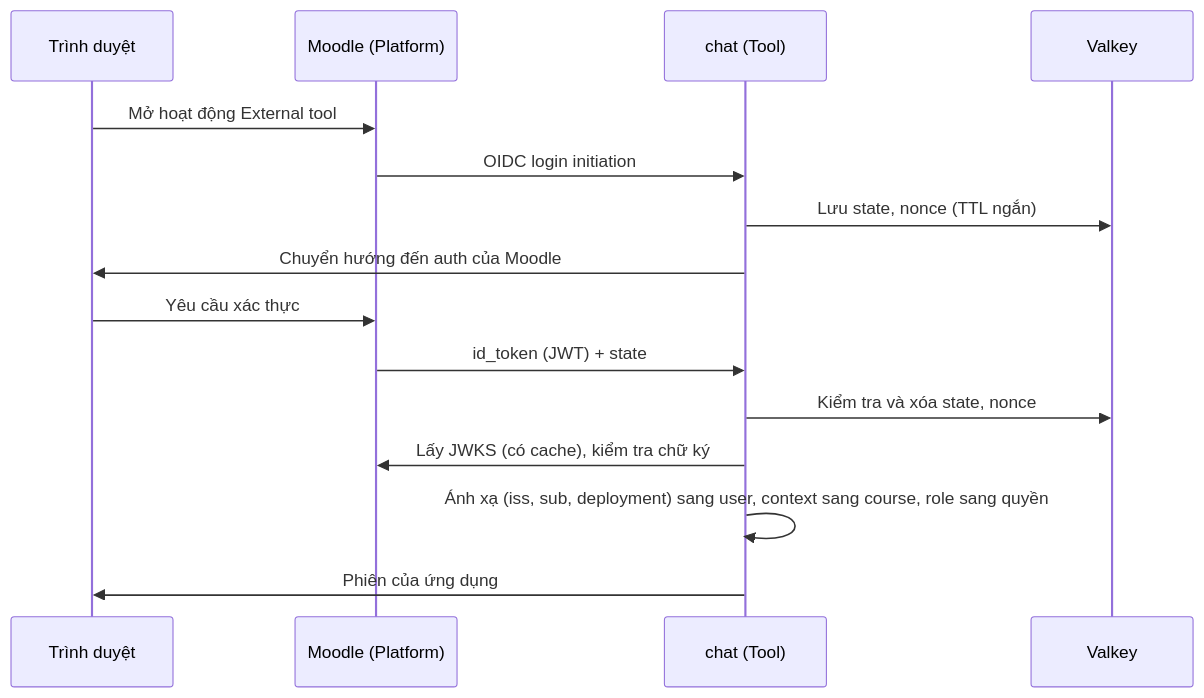
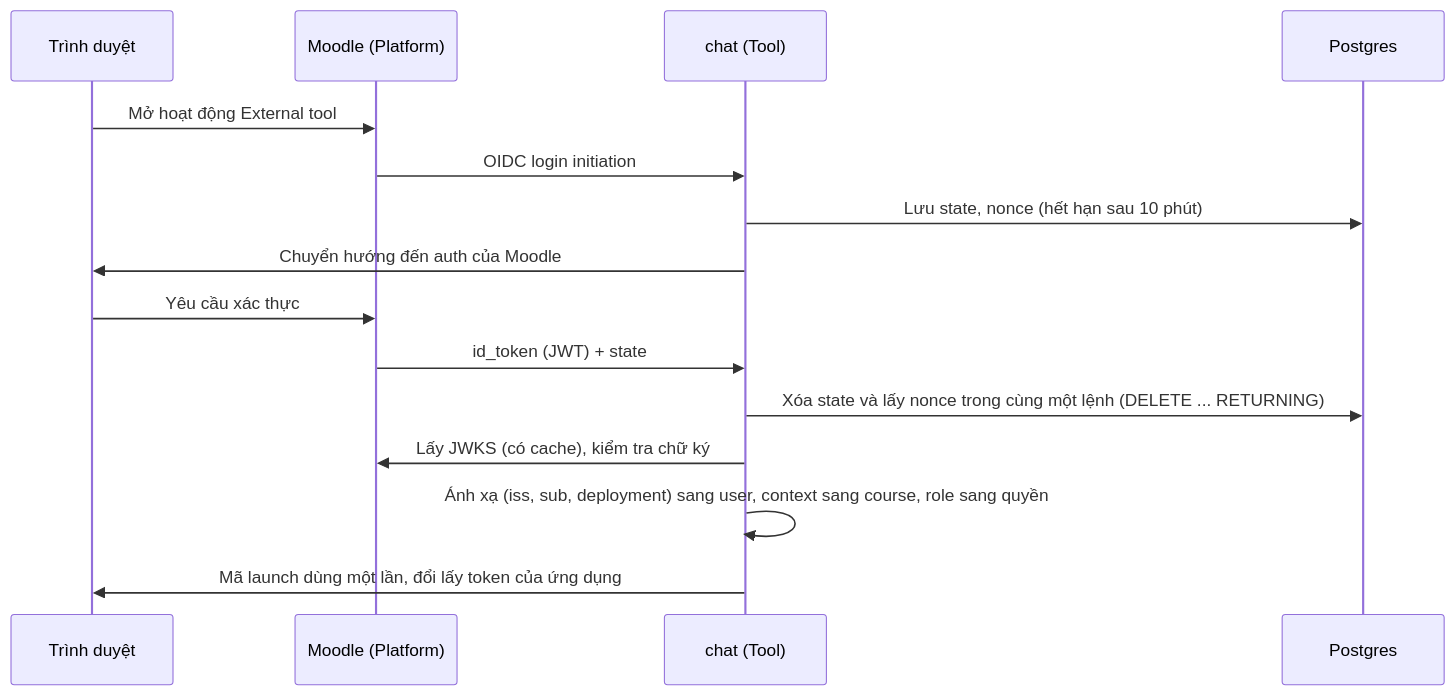
Before and after one commit to datduongabc/genai-microlearning: the third of 3 diagrams in docs/architecture/scalable-design.md, drawn with Mermaid. The commit also changed other lines of this file and 5 other files, not shown here.

````diff
--- a/docs/architecture/scalable-design.md
+++ b/docs/architecture/scalable-design.md
@@ -362,17 +362,17 @@
 ```mermaid
 sequenceDiagram
     participant B as Trình duyệt
     participant M as Moodle (Platform)
     participant T as chat (Tool)
-    participant V as Valkey
+    participant P as Postgres
     B->>M: Mở hoạt động External tool
     M->>T: OIDC login initiation
-    T->>V: Lưu state, nonce (TTL ngắn)
+    T->>P: Lưu state, nonce (hết hạn sau 10 phút)
     T->>B: Chuyển hướng đến auth của Moodle
     B->>M: Yêu cầu xác thực
     M->>T: id_token (JWT) + state
-    T->>V: Kiểm tra và xóa state, nonce
+    T->>P: Xóa state và lấy nonce trong cùng một lệnh (DELETE ... RETURNING)
     T->>M: Lấy JWKS (có cache), kiểm tra chữ ký
     T->>T: Ánh xạ (iss, sub, deployment) sang user, context sang course, role sang quyền
-    T->>B: Phiên của ứng dụng
+    T->>B: Mã launch dùng một lần, đổi lấy token của ứng dụng
 ```
````
